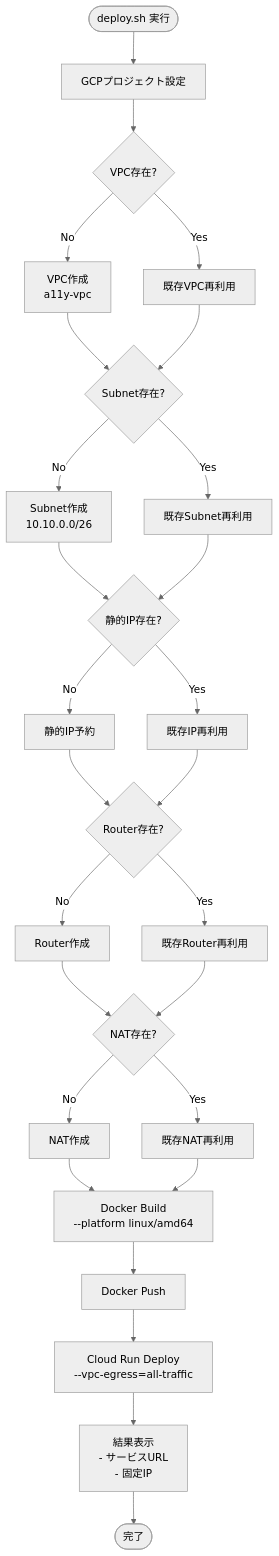
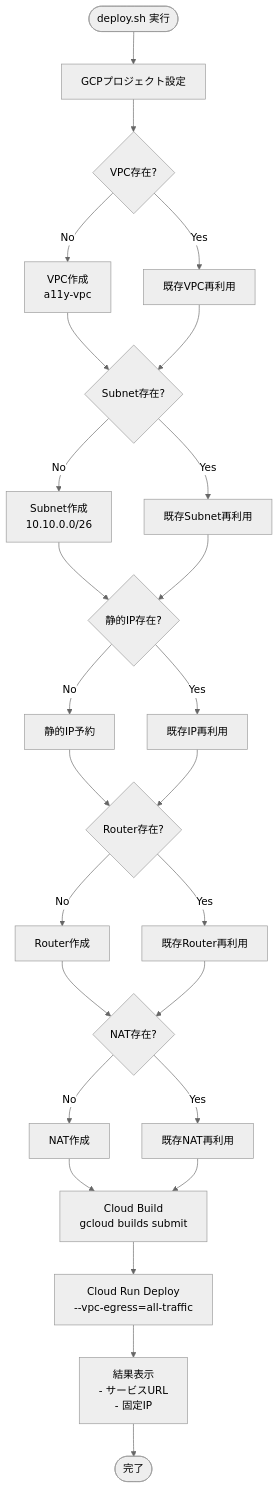
One commit to tokuj/accessibilityCheck changed the third of 3 diagrams in docs/gcp-architecture.md. Above: the diagram before and after it, drawn with Mermaid (neutral theme). The commit also changed other lines of this file and 17 other files, not shown here.

````diff
--- a/docs/gcp-architecture.md
+++ b/docs/gcp-architecture.md
@@ -107,39 +107,38 @@
 ```mermaid
 flowchart TD
     Start([deploy.sh 実行]) --> SetProject[GCPプロジェクト設定]
 
     SetProject --> CheckVPC{VPC存在?}
     CheckVPC -->|No| CreateVPC[VPC作成<br/>a11y-vpc]
     CheckVPC -->|Yes| ReuseVPC[既存VPC再利用]
     CreateVPC --> CheckSubnet
     ReuseVPC --> CheckSubnet
 
     CheckSubnet{Subnet存在?}
     CheckSubnet -->|No| CreateSubnet[Subnet作成<br/>10.10.0.0/26]
     CheckSubnet -->|Yes| ReuseSubnet[既存Subnet再利用]
     CreateSubnet --> CheckIP
     ReuseSubnet --> CheckIP
 
     CheckIP{静的IP存在?}
     CheckIP -->|No| CreateIP[静的IP予約]
     CheckIP -->|Yes| ReuseIP[既存IP再利用]
     CreateIP --> CheckRouter
     ReuseIP --> CheckRouter
 
     CheckRouter{Router存在?}
     CheckRouter -->|No| CreateRouter[Router作成]
     CheckRouter -->|Yes| ReuseRouter[既存Router再利用]
     CreateRouter --> CheckNAT
     ReuseRouter --> CheckNAT
 
     CheckNAT{NAT存在?}
     CheckNAT -->|No| CreateNAT[NAT作成]
     CheckNAT -->|Yes| ReuseNAT[既存NAT再利用]
-    CreateNAT --> DockerBuild
-    ReuseNAT --> DockerBuild
+    CreateNAT --> CloudBuild
+    ReuseNAT --> CloudBuild
 
-    DockerBuild[Docker Build<br/>--platform linux/amd64] --> DockerPush[Docker Push]
-    DockerPush --> Deploy[Cloud Run Deploy<br/>--vpc-egress=all-traffic]
+    CloudBuild[Cloud Build<br/>gcloud builds submit] --> Deploy[Cloud Run Deploy<br/>--vpc-egress=all-traffic]
     Deploy --> ShowResult[結果表示<br/>- サービスURL<br/>- 固定IP]
     ShowResult --> End([完了])
 ```
````
